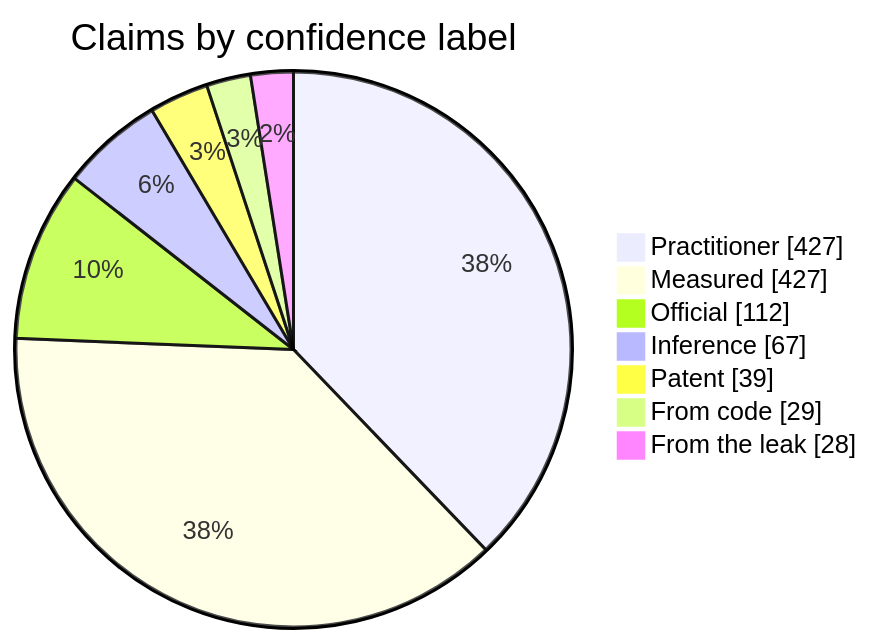
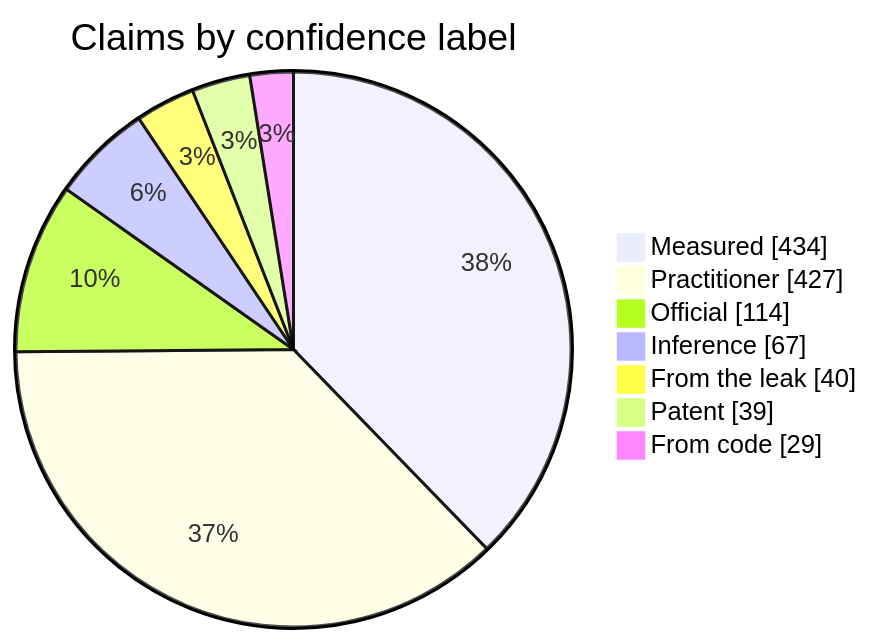
Before and after one commit to GetBelki/SEO-GEO-Playbook: the second of 3 diagrams in README.md, drawn with Mermaid. The commit also changed other lines of this file and 13 other files, not shown here.

````diff
--- a/README.md
+++ b/README.md
@@ -58,11 +58,11 @@
 ```mermaid
 pie showData
     title Claims by confidence label
+    "Measured" : 434
     "Practitioner" : 427
-    "Measured" : 427
-    "Official" : 112
+    "Official" : 114
     "Inference" : 67
+    "From the leak" : 40
     "Patent" : 39
     "From code" : 29
-    "From the leak" : 28
 ```
````
